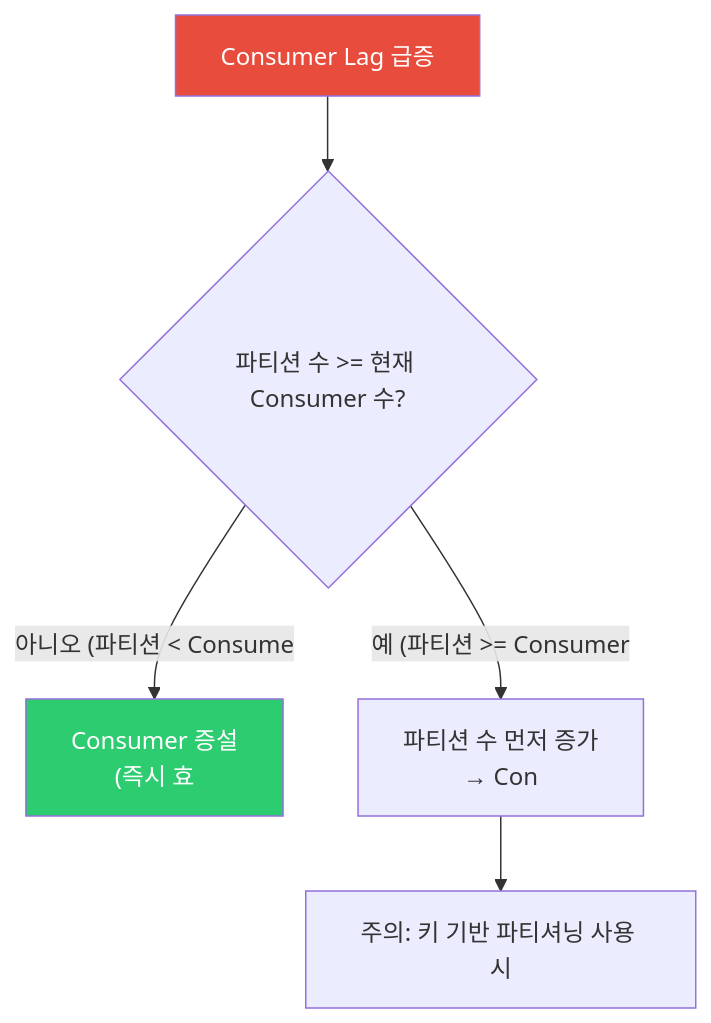
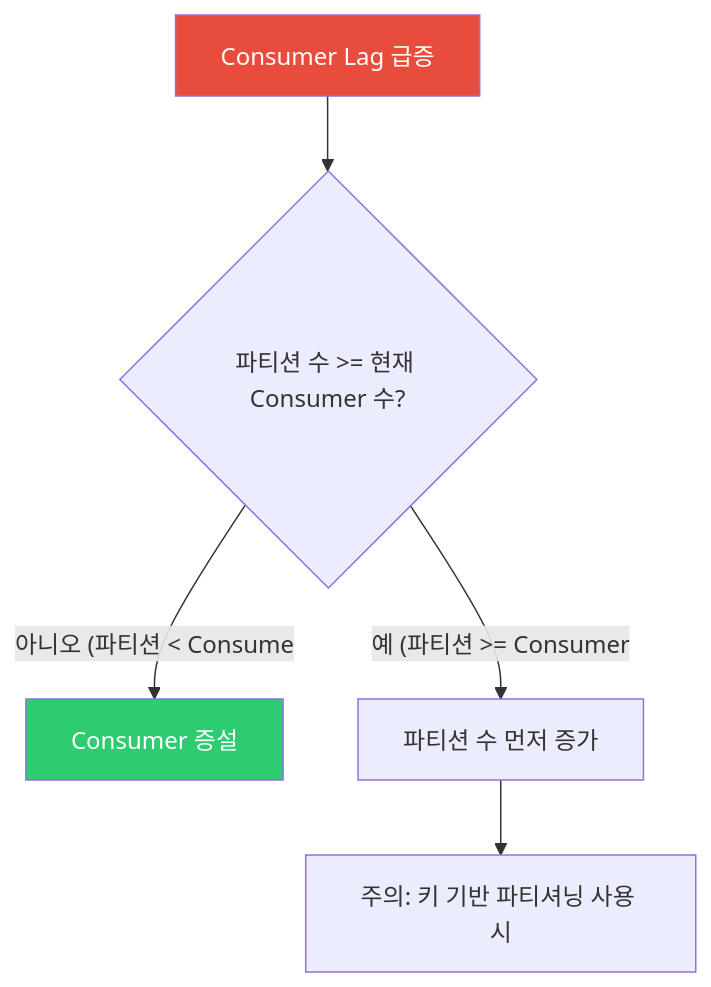
One commit to yjkim2015/yjkim2015.github.io changed the sixth of 7 diagrams in _posts/kafka/2026-05-01-kafka-consumer-deep.md. Above: the diagram before and after it, drawn with Mermaid. The commit also changed other lines of this file and 217 other files, not shown here.

First line of the commit message:
Mermaid 크기 수정: useMaxWidth:true + SVG max-width:100% + 라벨 축소

````diff
--- a/_posts/kafka/2026-05-01-kafka-consumer-deep.md
+++ b/_posts/kafka/2026-05-01-kafka-consumer-deep.md
@@ -348,14 +348,14 @@
 ```mermaid
 flowchart TD
     START["Consumer Lag 급증"]
     CHK{"파티션 수 >= 현재 Consumer 수?"}
-    ADD_C["Consumer 증설\n(즉시 효"]
-    ADD_P["파티션 수 먼저 증가\n→ Con"]
+    ADD_C["Consumer 증설"]
+    ADD_P["파티션 수 먼저 증가"]
     WARN["주의: 키 기반 파티셔닝 사용 시"]
     START --> CHK
     CHK -->|"아니오 (파티션 < Consume"| ADD_C
     CHK -->|"예 (파티션 >= Consumer"| ADD_P
     ADD_P --> WARN
     style START fill:#e74c3c,color:#fff
     style ADD_C fill:#2ecc71,color:#fff
 ```
````
